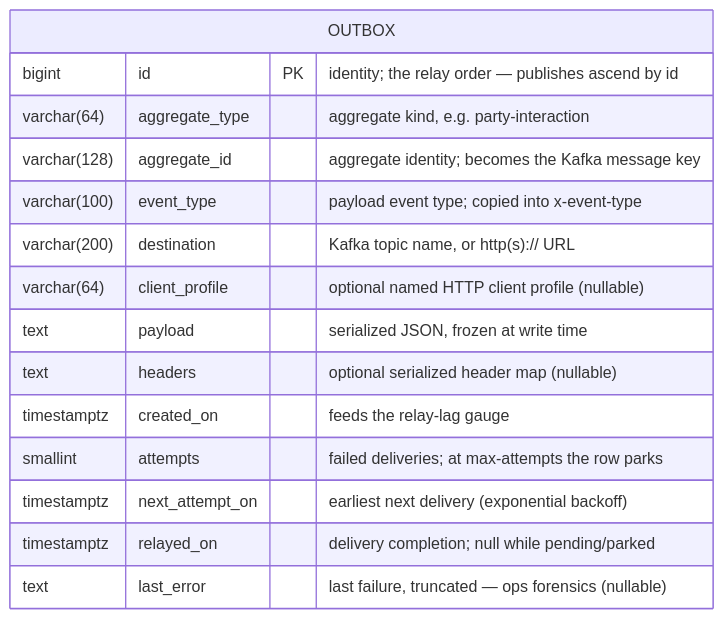
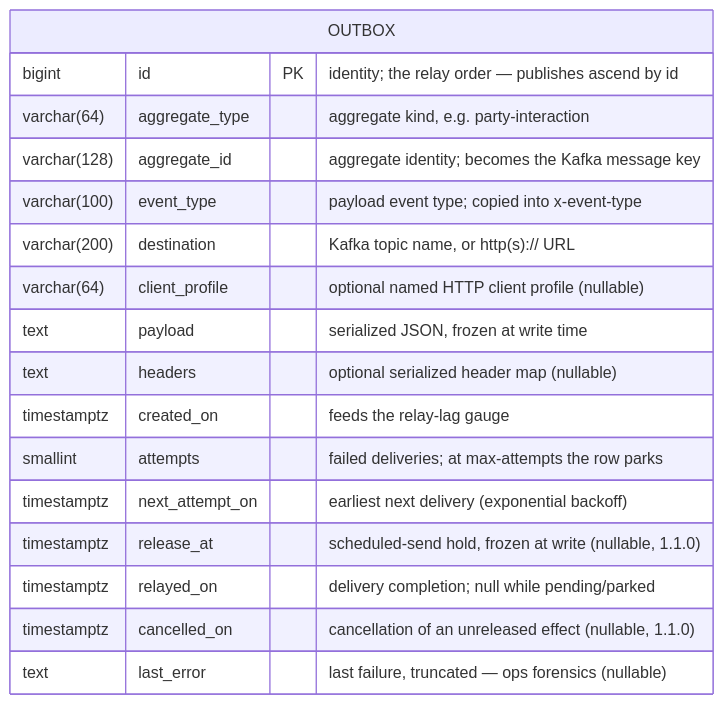
The first of 3 diagrams in README.md (opentmf/opentmf-outbox-service), drawn with Mermaid before and after one commit. The commit also changed other lines of this file and 19 other files, not shown here.

First line of the commit message:
Scheduled-send hold and cancellation of an unreleased effect (1.1.0)

````diff
--- a/README.md
+++ b/README.md
@@ -26,18 +26,20 @@
 ```mermaid
 erDiagram
     OUTBOX {
         bigint      id              PK "identity; the relay order — publishes ascend by id"
         varchar(64) aggregate_type     "aggregate kind, e.g. party-interaction"
         varchar(128) aggregate_id      "aggregate identity; becomes the Kafka message key"
         varchar(100) event_type        "payload event type; copied into x-event-type"
         varchar(200) destination       "Kafka topic name, or http(s):// URL"
         varchar(64) client_profile     "optional named HTTP client profile (nullable)"
         text        payload            "serialized JSON, frozen at write time"
         text        headers            "optional serialized header map (nullable)"
         timestamptz created_on         "feeds the relay-lag gauge"
         smallint    attempts           "failed deliveries; at max-attempts the row parks"
         timestamptz next_attempt_on    "earliest next delivery (exponential backoff)"
+        timestamptz release_at         "scheduled-send hold, frozen at write (nullable, 1.1.0)"
         timestamptz relayed_on         "delivery completion; null while pending/parked"
+        timestamptz cancelled_on       "cancellation of an unreleased effect (nullable, 1.1.0)"
         text        last_error         "last failure, truncated — ops forensics (nullable)"
     }
 ```
````
